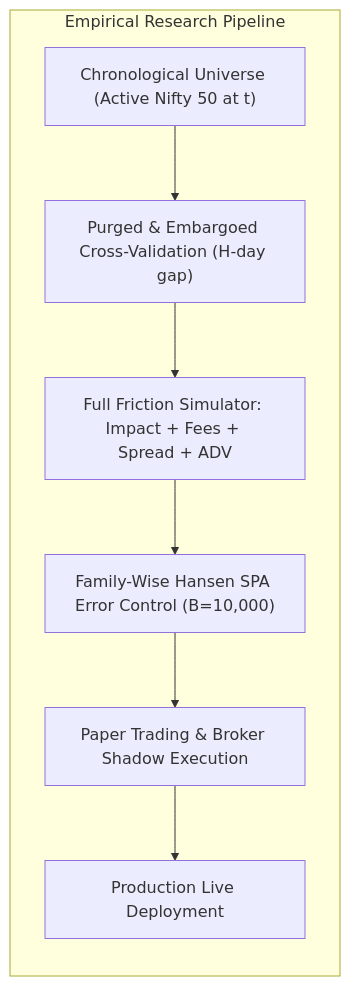
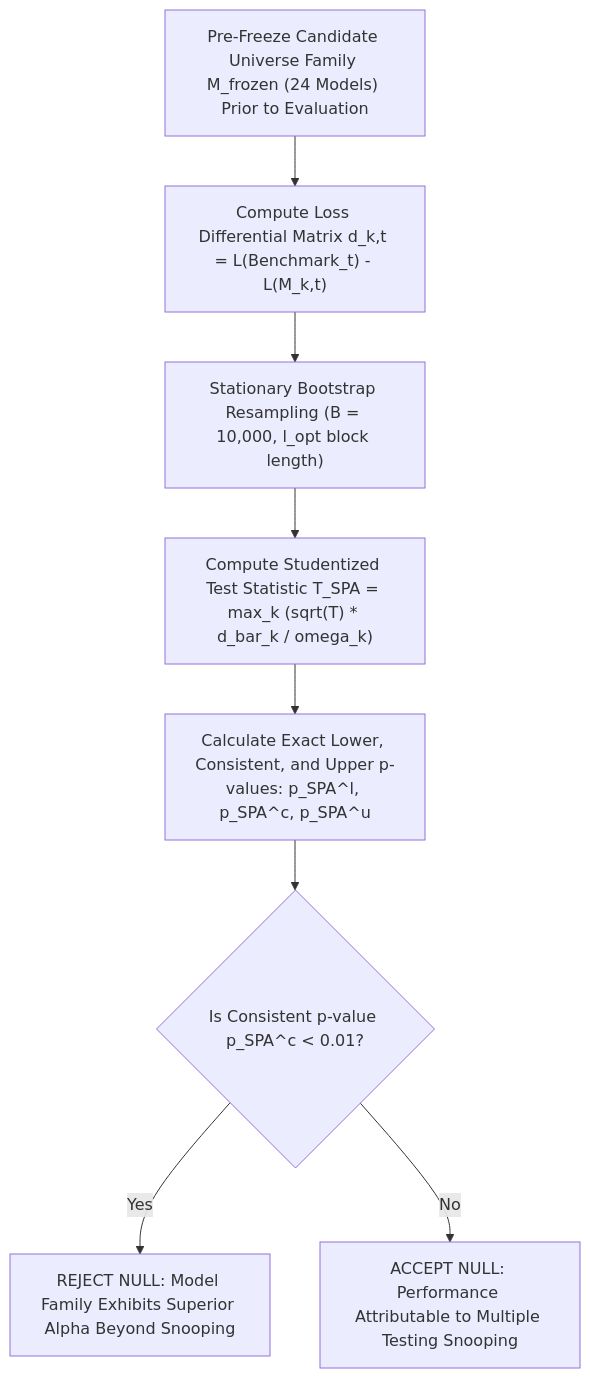
Before and after one commit to 2k25it2514261-cloud/alphaniti: the eighth of 9 diagrams in README.md, drawn with Mermaid. The commit also changed other lines of this file, not shown here.

Commit message:
docs: release AlphaNiti v20.0 grand unification specification closing all P0 and P1 audit criteria

````diff
--- a/README.md
+++ b/README.md
@@ -299,10 +274,10 @@
 ```mermaid
-graph LR
-    subgraph Empirical Research Pipeline
-        A["Chronological Universe (Active Nifty 50 at t)"] --> B["Purged & Embargoed Cross-Validation (H-day gap)"]
-        B --> C["Full Friction Simulator: Impact + Fees + Spread + ADV"]
-        C --> D["Family-Wise Hansen SPA Error Control (B=10,000)"]
-        D --> E["Paper Trading & Broker Shadow Execution"]
-        E --> F["Production Live Deployment"]
-    end
+flowchart TD
+    A["Pre-Freeze Candidate Universe Family M_frozen (24 Models) Prior to Evaluation"] --> B["Compute Loss Differential Matrix d_k,t = L(Benchmark_t) - L(M_k,t)"]
+    B --> C["Stationary Bootstrap Resampling (B = 10,000, l_opt block length)"]
+    C --> D["Compute Studentized Test Statistic T_SPA = max_k (sqrt(T) * d_bar_k / omega_k)"]
+    D --> E["Calculate Exact Lower, Consistent, and Upper p-values: p_SPA^l, p_SPA^c, p_SPA^u"]
+    E --> F{"Is Consistent p-value p_SPA^c < 0.01?"}
+    F -- Yes --> PASS["REJECT NULL: Model Family Exhibits Superior Alpha Beyond Snooping"]
+    F -- No --> REJECT["ACCEPT NULL: Performance Attributable to Multiple Testing Snooping"]
 ```
````
